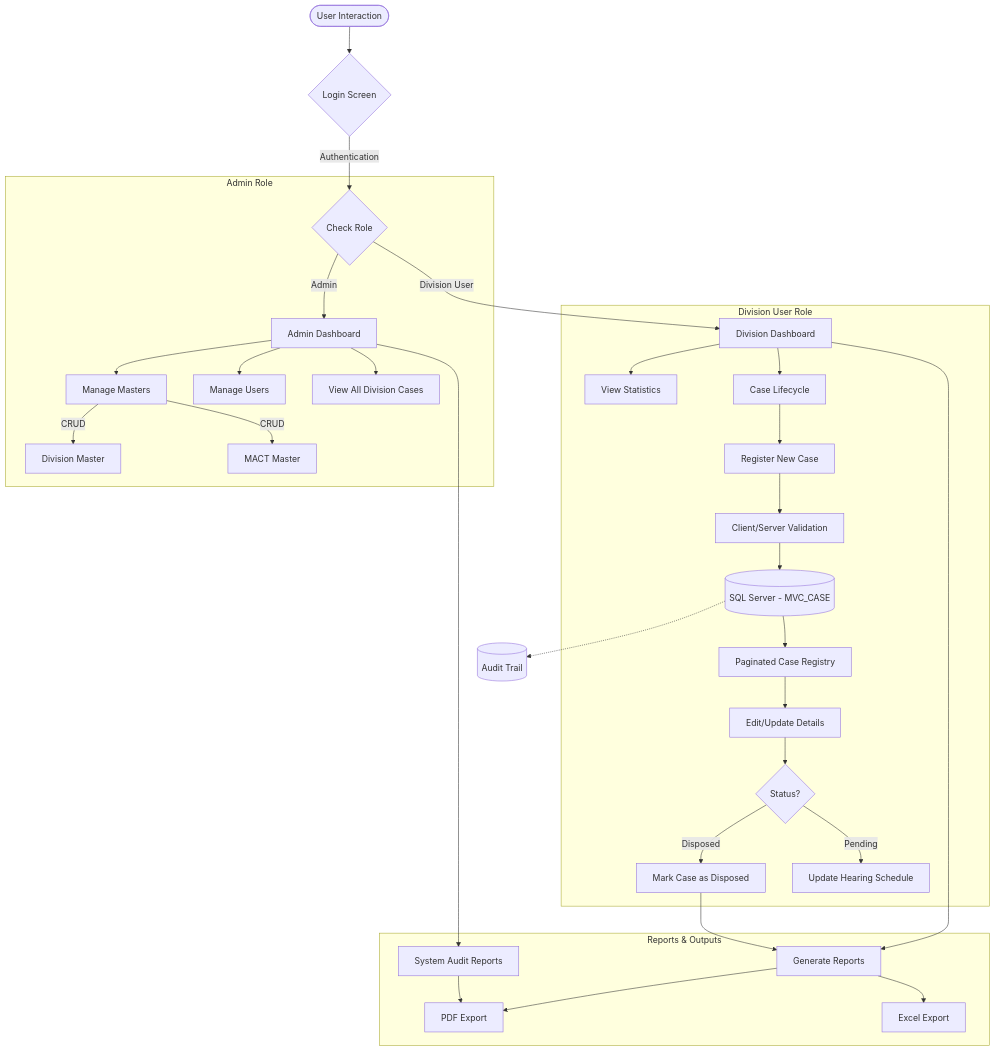
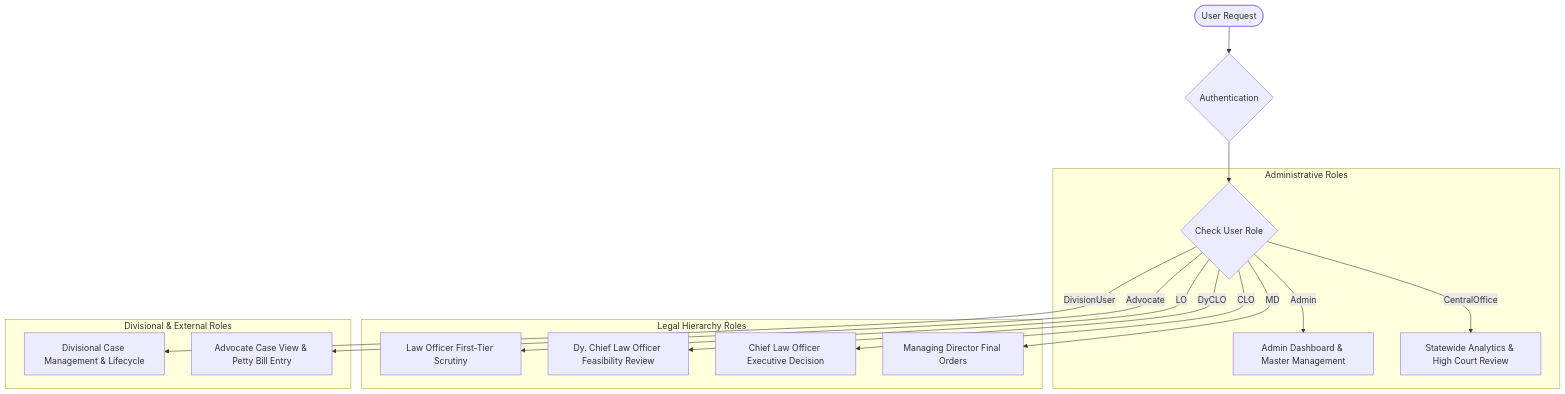
Before and after one commit to Abhay920920/Law_Project-: the diagram in docs/SRS.md, drawn with Mermaid. The commit also changed other lines of this file and 9 other files, not shown here.

Commit message:
docs: comprehensive update of all project documentation, architecture, schema, rules, and guides

````diff
--- a/docs/SRS.md
+++ b/docs/SRS.md
@@ -60,41 +56,22 @@
 ```mermaid
 graph TD
-    Start([User Interaction]) --> Login{Login Screen}
-    Login -- Authentication --> AuthCheck{Check Role}
+    User([User Request]) --> Login{Authentication}
+    Login --> RoleCheck{Check User Role}
     
-    subgraph AdminRoles [Admin Role]
-        AuthCheck -- Admin --> AdminDash[Admin Dashboard]
-        AdminDash --> M_Masters[Manage Masters]
-        M_Masters -->|CRUD| DivM[Division Master]
-        M_Masters -->|CRUD| MACTM[MACT Master]
-        AdminDash --> M_Users[Manage Users]
-        AdminDash --> V_AllCases[View All Division Cases]
+    subgraph Administration [Administrative Roles]
+        RoleCheck -- Admin --> AdminPortal[Admin Dashboard & Master Management]
+        RoleCheck -- CentralOffice --> COPortal[Statewide Analytics & High Court Review]
     end
-
-    subgraph DivRoles [Division User Role]
-        AuthCheck -- Division User --> DivDash[Division Dashboard]
-        DivDash --> Stats[View Statistics]
-        DivDash --> CaseLifecycle[Case Lifecycle]
-        
-        CaseLifecycle --> RegCase[Register New Case]
-        RegCase --> Val[Client/Server Validation]
-        Val --> DAL_Save[(SQL Server - MVC_CASE)]
-        
-        DAL_Save --> ViewList[Paginated Case Registry]
-        ViewList --> EditCase[Edit/Update Details]
-        EditCase --> StatusUpdate{Status?}
-        StatusUpdate -- Disposed --> DisposeCase[Mark Case as Disposed]
-        StatusUpdate -- Pending --> PendCase[Update Hearing Schedule]
+    
+    subgraph LegalReviewHierarchy [Legal Hierarchy Roles]
+        RoleCheck -- LO --> LOReview[Law Officer First-Tier Scrutiny]
+        RoleCheck -- DyCLO --> DyCLOReview[Dy. Chief Law Officer Feasibility Review]
+        RoleCheck -- CLO --> CLOApproval[Chief Law Officer Executive Decision]
+        RoleCheck -- MD --> MDFinal[Managing Director Final Orders]
     end
-
-    subgraph Reporting [Reports & Outputs]
-        DivDash --> Reports[Generate Reports]
-        Reports --> PDF[PDF Export]
-        Reports --> Excel[Excel Export]
-        AdminDash --> GlobalReports[System Audit Reports]
+    
+    subgraph FieldOperations [Divisional & External Roles]
+        RoleCheck -- DivisionUser --> DivCase[Divisional Case Management & Lifecycle]
+        RoleCheck -- Advocate --> AdvPortal[Advocate Case View & Petty Bill Entry]
     end
-
-    DAL_Save -.-> Audit[(Audit Trail)]
-    DisposeCase --> Reports
-    GlobalReports --> PDF
 ```
````
